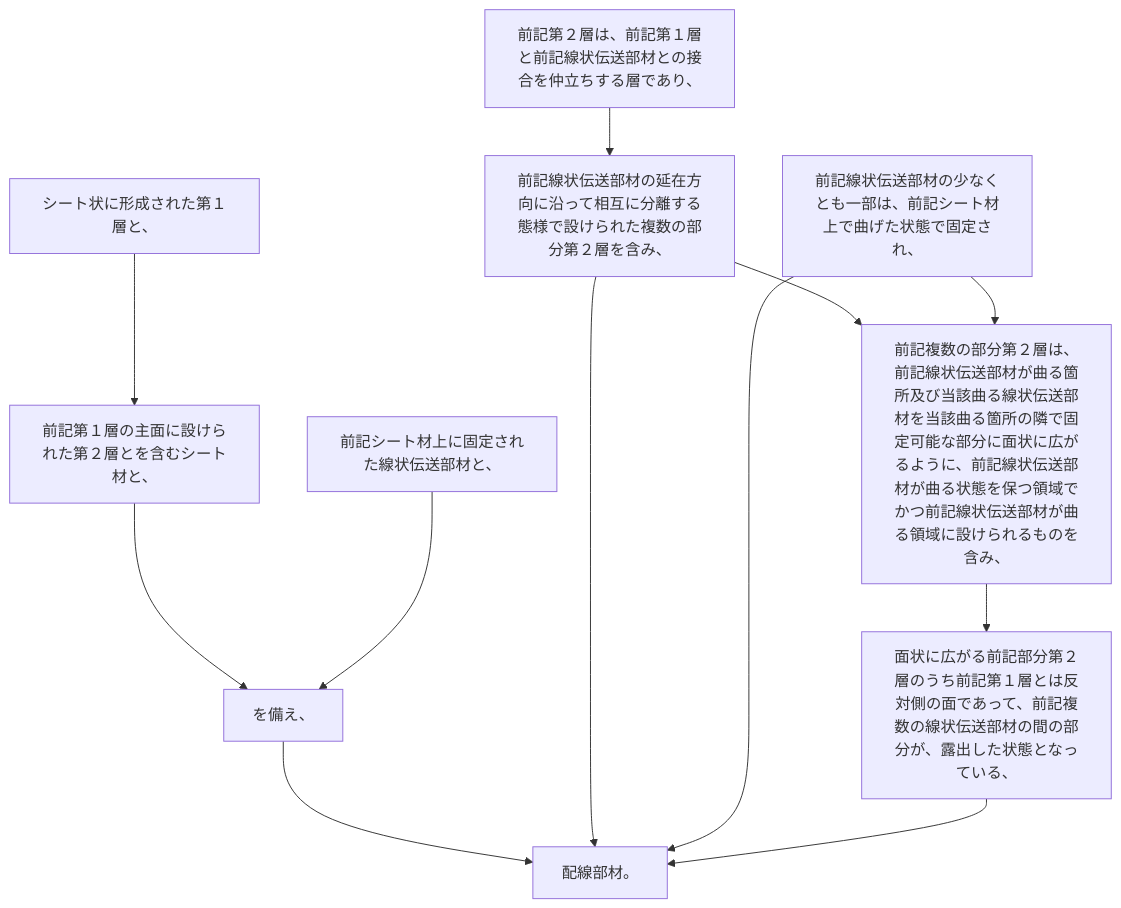
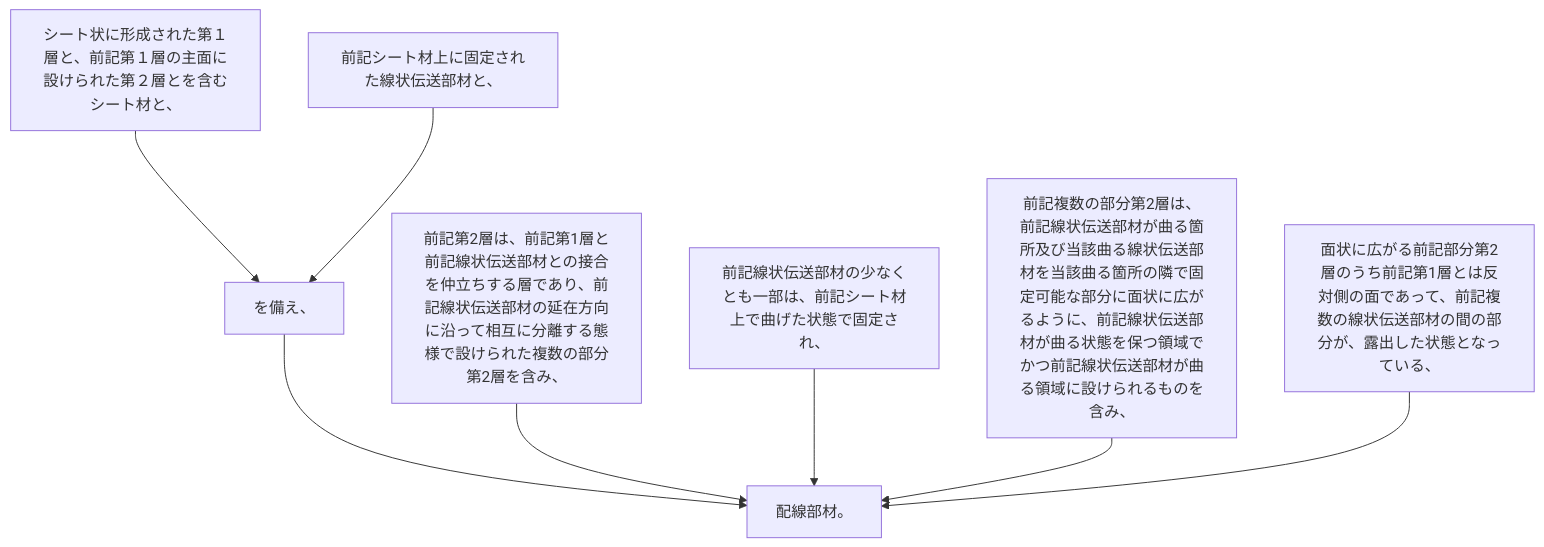
One commit to shinmori55/patent_analyzed changed the diagram in 2024/JP2024001238A/claim_6/claim_6_graph.md. Above: the diagram before and after it, drawn with Mermaid. The commit also changed 3332 other files, not shown here.

````diff
--- a/2024/JP2024001238A/claim_6/claim_6_graph.md
+++ b/2024/JP2024001238A/claim_6/claim_6_graph.md
@@ -1,25 +1,18 @@
 ```mermaid
 flowchart TD
-A[シート状に形成された第１層と、]
-B[前記第１層の主面に設けられた第２層とを含むシート材と、]
-C[前記シート材上に固定された線状伝送部材と、]
-D[を備え、]
-E[前記第２層は、前記第１層と前記線状伝送部材との接合を仲立ちする層であり、]
-F[前記線状伝送部材の延在方向に沿って相互に分離する態様で設けられた複数の部分第２層を含み、]
-G[前記線状伝送部材の少なくとも一部は、前記シート材上で曲げた状態で固定され、]
-H[前記複数の部分第２層は、前記線状伝送部材が曲る箇所及び当該曲る線状伝送部材を当該曲る箇所の隣で固定可能な部分に面状に広がるように、前記線状伝送部材が曲る状態を保つ領域でかつ前記線状伝送部材が曲る領域に設けられるものを含み、]
-I[面状に広がる前記部分第２層のうち前記第１層とは反対側の面であって、前記複数の線状伝送部材の間の部分が、露出した状態となっている、]
-J[配線部材。]
-
-A --> B
-B --> D
-C --> D
-D --> J
-E --> F
+A[シート状に形成された第１層と、前記第１層の主面に設けられた第２層とを含むシート材と、]
+B[前記シート材上に固定された線状伝送部材と、]
+C[を備え、]
+D[前記第2層は、前記第1層と前記線状伝送部材との接合を仲立ちする層であり、前記線状伝送部材の延在方向に沿って相互に分離する態様で設けられた複数の部分第2層を含み、]
+E[前記線状伝送部材の少なくとも一部は、前記シート材上で曲げた状態で固定され、]
+F[前記複数の部分第2層は、前記線状伝送部材が曲る箇所及び当該曲る線状伝送部材を当該曲る箇所の隣で固定可能な部分に面状に広がるように、前記線状伝送部材が曲る状態を保つ領域でかつ前記線状伝送部材が曲る領域に設けられるものを含み、]
+G[面状に広がる前記部分第2層のうち前記第1層とは反対側の面であって、前記複数の線状伝送部材の間の部分が、露出した状態となっている、]
+H[配線部材。]
+A --> C
+B --> C
+C --> H
+D --> H
+E --> H
 F --> H
 G --> H
-H --> I
-F --> J
-G --> J
-I --> J
 ```
````
